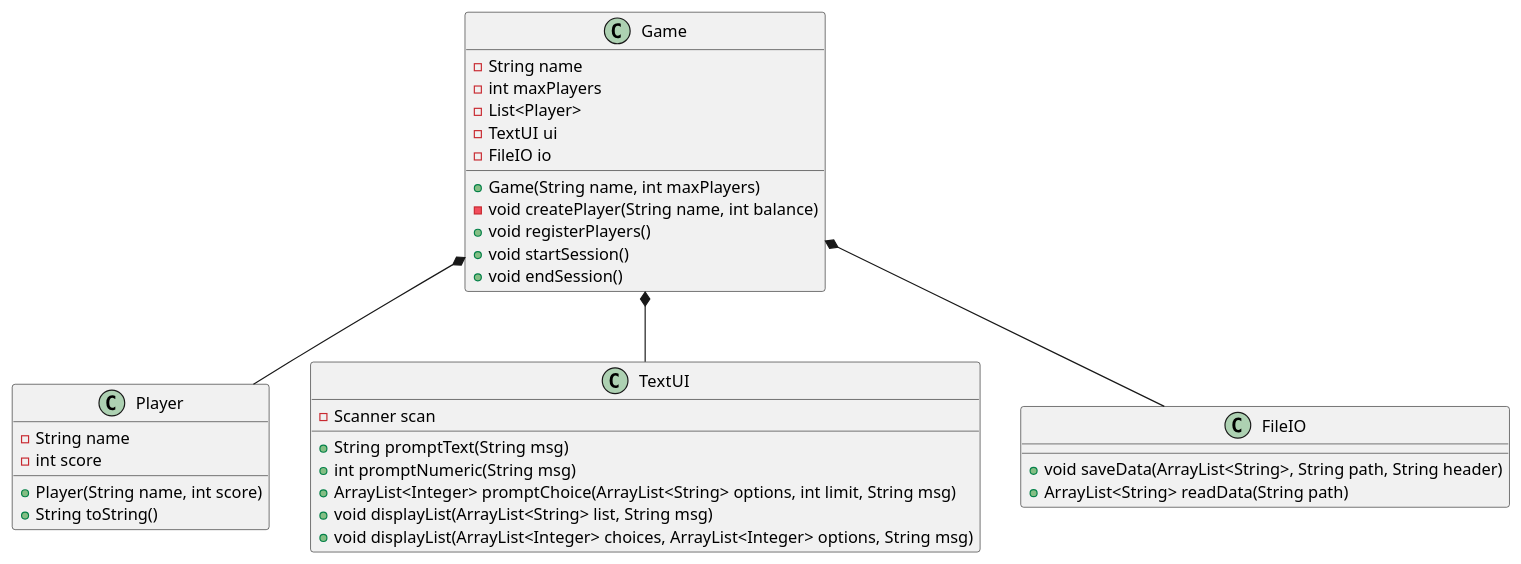
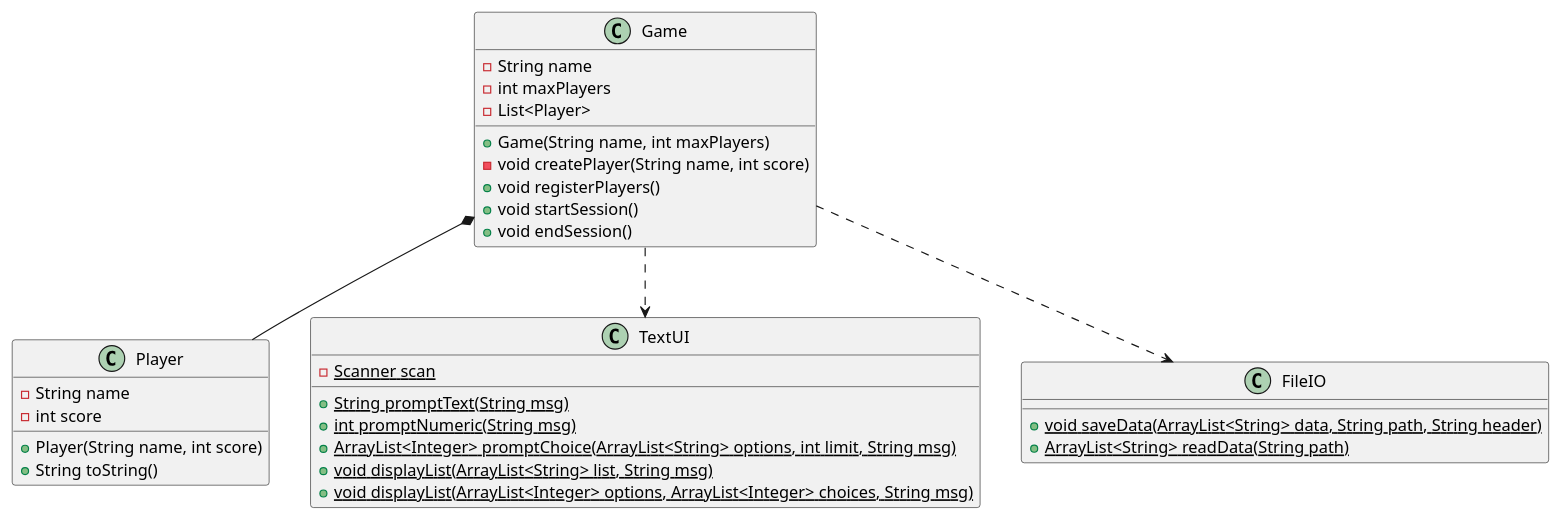
The diagram in doc/classdiagram_v0.puml (Dat1Cphbusiness/MonopolyE25Bornholm), drawn with PlantUML before and after one commit. The commit also changed 44 other files, not shown here.

```diff
--- a/doc/classdiagram_v0.puml
+++ b/doc/classdiagram_v0.puml
@@ -1,52 +1,50 @@
 @startuml
 'https://plantuml.com/class-diagram
 
 class Game
 class Player
 
 
 Game *-- Player
-Game *-- TextUI
-Game *-- FileIO
+Game ..> TextUI
+Game ..> FileIO
 
 
 
 class Game {
 - String name
 - int maxPlayers
 - List<Player>
-- TextUI ui
-- FileIO io
 + Game(String name, int maxPlayers)
-- void createPlayer(String name, int balance)
+- void createPlayer(String name, int score)
 + void registerPlayers()
 + void startSession()
 + void endSession()
 
 }
 class Player {
 - String name
 - int score
 + Player(String name, int score)
 + String toString()
 }
 
 class TextUI {
-- Scanner scan
+- {static} Scanner scan
 ' shows a message and returns the user's input as a String
-+ String promptText(String msg)
++ {static} String promptText(String msg)
 ' shows a message and returns the user's input as an integer
-+ int promptNumeric(String msg)
++ {static} int promptNumeric(String msg)
 ' shows the options, promts for choices until limit is reached, and returns the user's choices as a list
-+ ArrayList<Integer> promptChoice(ArrayList<String> options, int limit, String msg)
++ {static} ArrayList<Integer> promptChoice(ArrayList<String> options, int limit, String msg)
 ' shows a message and lists the content of a list
-+ void displayList(ArrayList<String> list, String msg)
-+ void displayList(ArrayList<Integer> choices, ArrayList<Integer> options, String msg)
++ {static} void displayList(ArrayList<String> list, String msg)
++ {static} void displayList(ArrayList<Integer> options, ArrayList<Integer> choices, String msg)
 }
 
 class FileIO{
-+ void saveData(ArrayList<String>, String path, String header)
-+ ArrayList<String> readData(String path)
++ {static} void saveData(ArrayList<String> data, String path, String header)
++ {static} ArrayList<String> readData(String path)
 }
 
 @enduml
```
